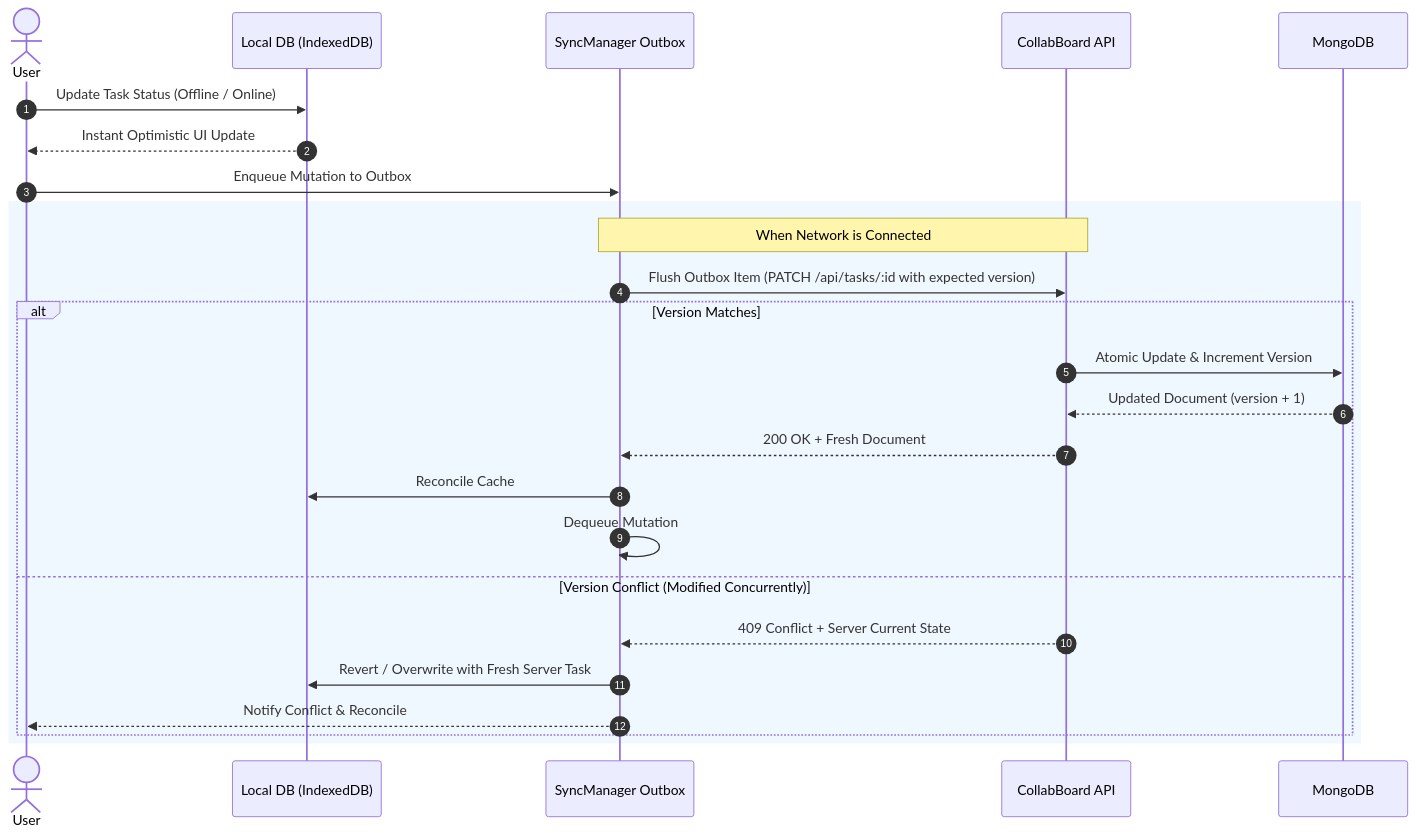
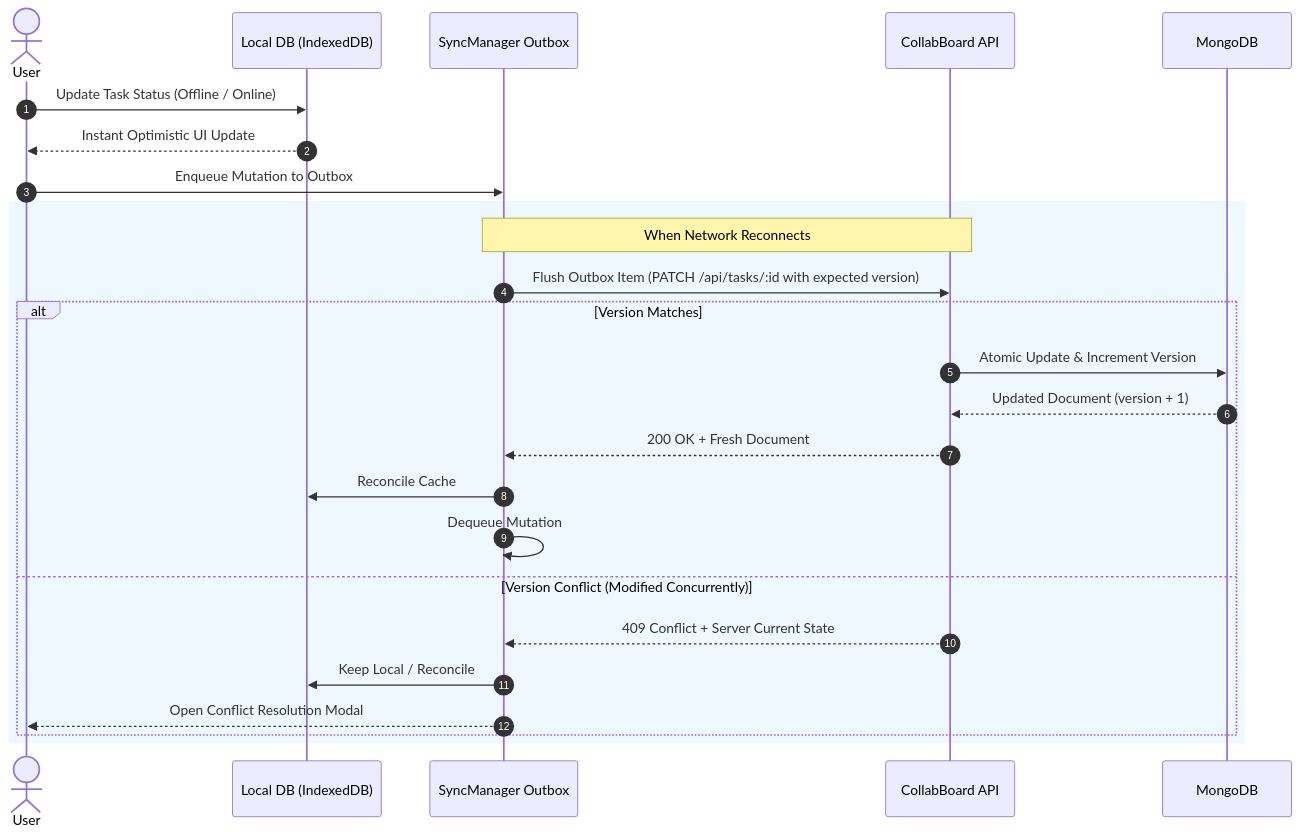
Before and after one commit to 5h3ld0rr/CollabBoard: the second of 2 diagrams in README.md, drawn with Mermaid. The commit also changed other lines of this file and 4 other files, not shown here.

````diff
--- a/README.md
+++ b/README.md
@@ -71,29 +164,29 @@
 ```mermaid
 sequenceDiagram
     autonumber
     actor User
     participant Cache as Local DB (IndexedDB)
     participant Sync as SyncManager Outbox
     participant API as CollabBoard API
     participant DB as MongoDB
 
     User->>Cache: Update Task Status (Offline / Online)
     Cache-->>User: Instant Optimistic UI Update
     User->>Sync: Enqueue Mutation to Outbox
     
     rect rgb(240, 248, 255)
-    Note over Sync,API: When Network is Connected
+    Note over Sync,API: When Network Reconnects
     Sync->>API: Flush Outbox Item (PATCH /api/tasks/:id with expected version)
     alt Version Matches
         API->>DB: Atomic Update & Increment Version
         DB-->>API: Updated Document (version + 1)
         API-->>Sync: 200 OK + Fresh Document
         Sync->>Cache: Reconcile Cache
         Sync->>Sync: Dequeue Mutation
     else Version Conflict (Modified Concurrently)
         API-->>Sync: 409 Conflict + Server Current State
-        Sync->>Cache: Revert / Overwrite with Fresh Server Task
-        Sync-->>User: Notify Conflict & Reconcile
+        Sync->>Cache: Keep Local / Reconcile
+        Sync-->>User: Open Conflict Resolution Modal
     end
     end
 ```
````
